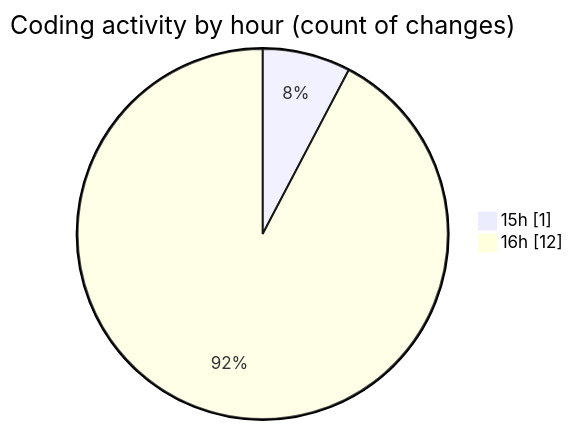
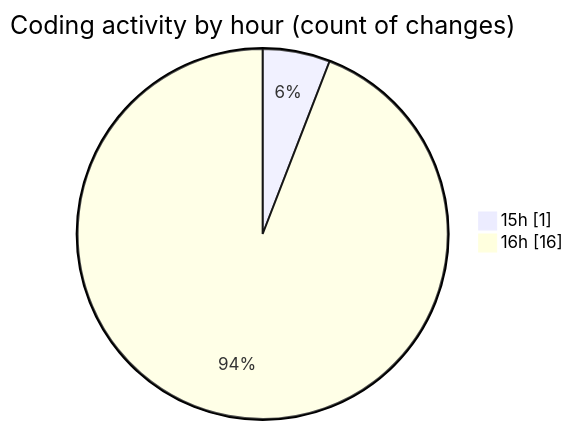
One commit to debugP/code-tracking changed the second of 2 diagrams in 2025-10-14/untitled__workspace_/README.md. Above: the diagram before and after it, drawn with Mermaid. The commit also changed other lines of this file and 1 other file, not shown here.

````diff
--- a/2025-10-14/untitled__workspace_/README.md
+++ b/2025-10-14/untitled__workspace_/README.md
@@ -28,6 +28,6 @@
 ```mermaid
 pie showData
 title Coding activity by hour (count of changes)
 "15h" : 1
-"16h" : 12
+"16h" : 16
 ```
````
